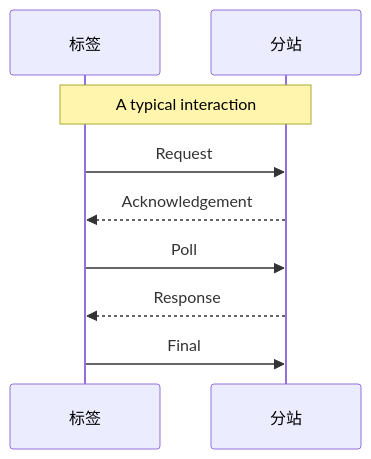
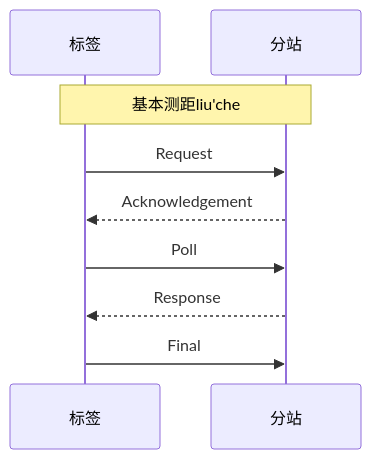
Before and after one commit to geek-zhao/iodraw-files: the diagram in all/未命名.md, drawn with Mermaid.

Commit message:
2024-08-17 14:03:27 update

````diff
--- a/all/未命名.md
+++ b/all/未命名.md
@@ -1,12 +1,12 @@
 ```mermaid
 sequenceDiagram
     participant tag as 标签
     participant anchor as 分站
-    Note over tag,anchor: A typical interaction
+    Note over tag,anchor: 基本测距liu'che
     tag->>anchor: Request
     anchor-->>tag: Acknowledgement
     tag->>anchor: Poll
     anchor-->>tag: Response
     tag->>anchor: Final       
 
 ```
````
